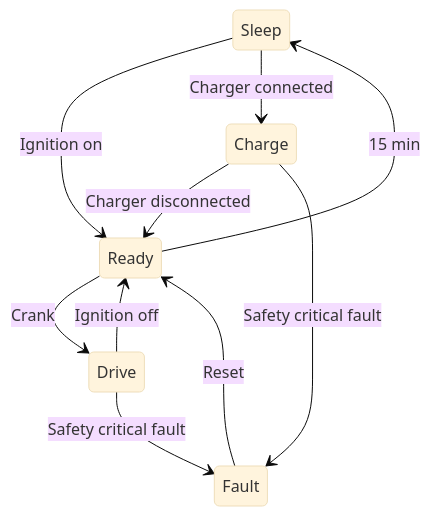
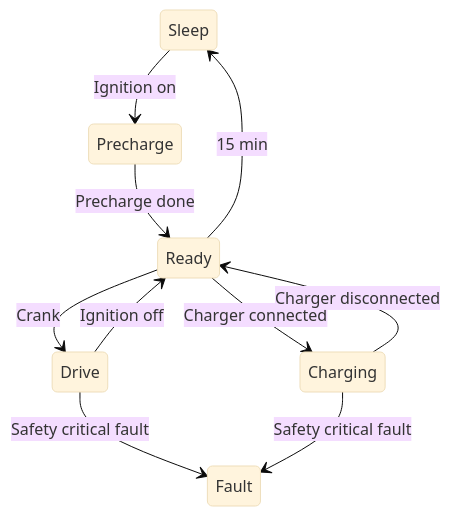
Before and after one commit to aphid-ev/aphid-ev.github.io: the diagram in _posts/2024-05-30-vcm_requirements.md, drawn with Mermaid (base theme). The commit also changed other lines of this file and 1 other file, not shown here.

````diff
--- a/_posts/2024-05-30-vcm_requirements.md
+++ b/_posts/2024-05-30-vcm_requirements.md
@@ -127,12 +151,12 @@
 ```mermaid
 stateDiagram-v2
-    Sleep --> Ready: Ignition on
+    Sleep --> Precharge: Ignition on
+    Precharge --> Ready: Precharge done
     Ready --> Drive: Crank
     Drive --> Ready: Ignition off
     Ready --> Sleep: 15 min
-    Sleep --> Charge: Charger connected
-    Charge --> Ready: Charger disconnected
+    Ready --> Charging: Charger connected
+    Charging --> Ready: Charger disconnected
     Drive --> Fault: Safety critical fault
-    Charge --> Fault: Safety critical fault
-    Fault --> Ready: Reset
+    Charging --> Fault: Safety critical fault
 ```
````
